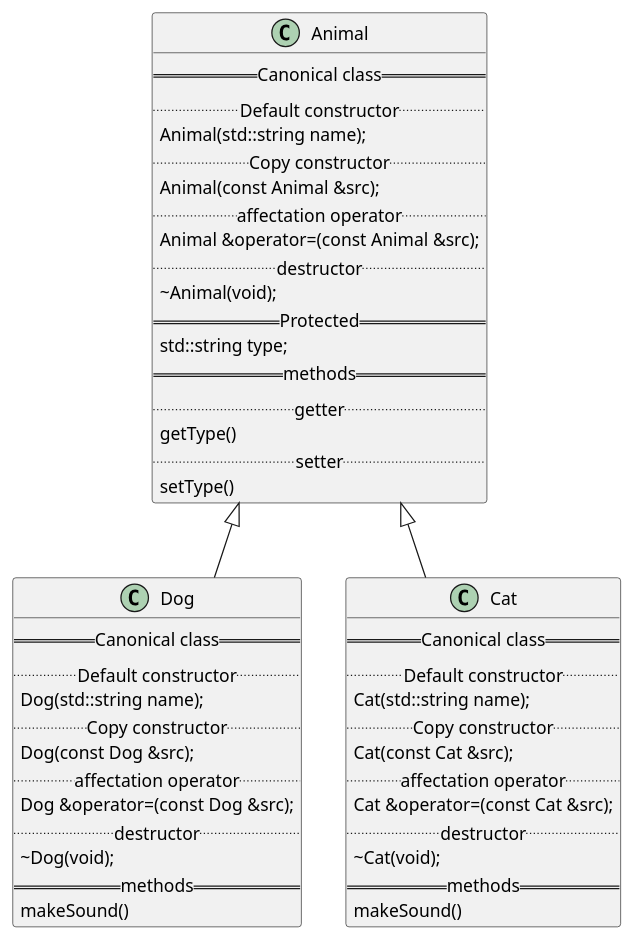
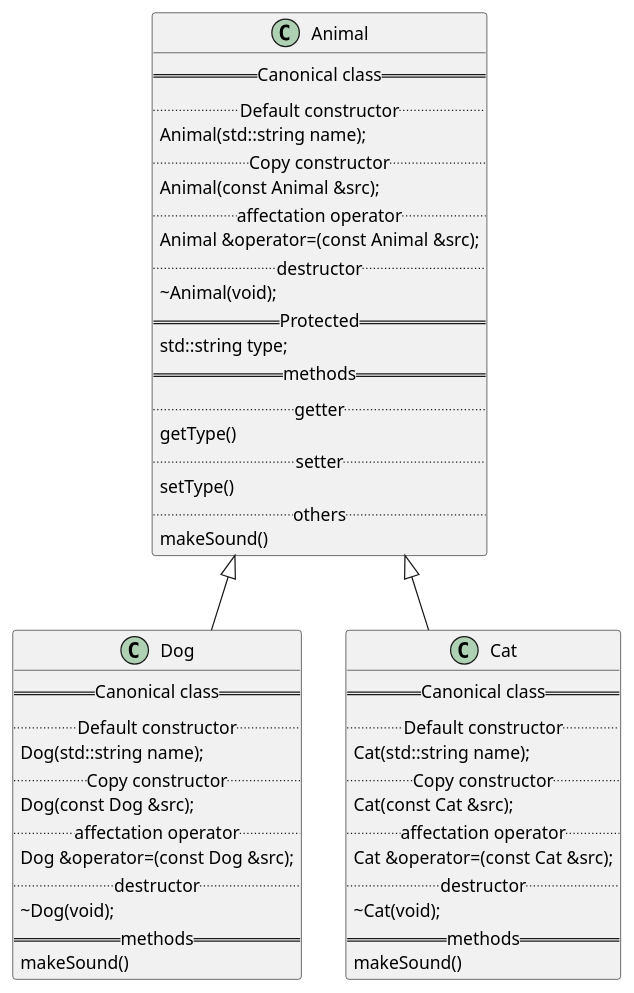
Before and after one commit to t-h2o/cpp: the diagram in 04/assets/README.adoc, drawn with PlantUML. The commit also changed 1 other file, not shown here.

Commit message:
update animal

```diff
--- a/04/assets/README.adoc
+++ b/04/assets/README.adoc
@@ -7,58 +7,61 @@
 [plantuml, target=00, format=svg, width=50%]
 ....
 @startuml
 
 skinparam defaultFontName JetBrains Mono ExtraBold
 
 class Animal {
 == Canonical class ==
 .. Default constructor ..
 Animal(std::string name);
 .. Copy constructor ..
 Animal(const Animal &src);
 .. affectation operator ..
 Animal &operator=(const Animal &src);
 .. destructor ..
 \~Animal(void);
 == Protected ==
   std::string type;
 == methods ==
 .. getter ..
   getType()
 .. setter ..
   setType()
+.. others ..
+  makeSound()
 }
 
 
 class Dog {
 == Canonical class ==
 .. Default constructor ..
 Dog(std::string name);
 .. Copy constructor ..
 Dog(const Dog &src);
 .. affectation operator ..
 Dog &operator=(const Dog &src);
 .. destructor ..
 \~Dog(void);
 == methods ==
   makeSound()
 }
 
 class Cat {
 == Canonical class ==
 .. Default constructor ..
 Cat(std::string name);
 .. Copy constructor ..
 Cat(const Cat &src);
 .. affectation operator ..
 Cat &operator=(const Cat &src);
 .. destructor ..
 \~Cat(void);
 == methods ==
   makeSound()
 }
+
 Animal <|-- Dog
 Animal <|-- Cat
 
 @enduml
 ....
```
